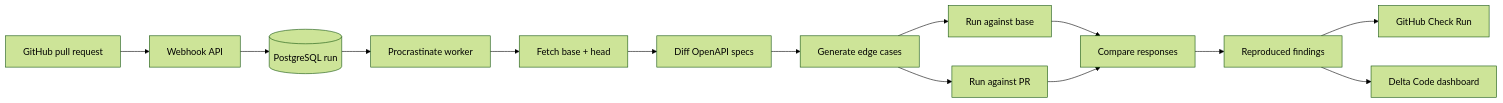
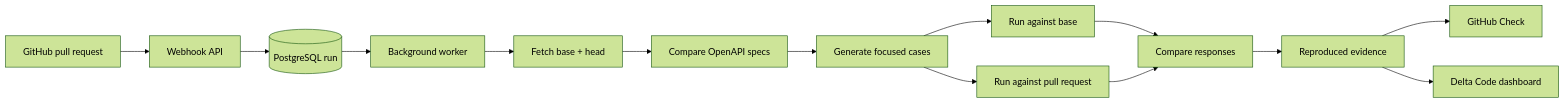
The diagram in README.md (amansriven/Code-Delta), drawn with Mermaid (forest theme) before and after one commit. The commit also changed other lines of this file, not shown here.

````diff
--- a/README.md
+++ b/README.md
@@ -114,16 +99,16 @@
 ```mermaid
 flowchart LR
     GH["GitHub pull request"] --> WH["Webhook API"]
     WH --> DB[("PostgreSQL run")]
-    DB --> Q["Procrastinate worker"]
+    DB --> Q["Background worker"]
     Q --> CLONE["Fetch base + head"]
-    CLONE --> SPEC["Diff OpenAPI specs"]
-    SPEC --> CASES["Generate edge cases"]
+    CLONE --> SPEC["Compare OpenAPI specs"]
+    SPEC --> CASES["Generate focused cases"]
     CASES --> BASE["Run against base"]
-    CASES --> HEAD["Run against PR"]
+    CASES --> HEAD["Run against pull request"]
     BASE --> COMPARE["Compare responses"]
     HEAD --> COMPARE
-    COMPARE --> RESULT["Reproduced findings"]
-    RESULT --> CHECK["GitHub Check Run"]
+    COMPARE --> RESULT["Reproduced evidence"]
+    RESULT --> CHECK["GitHub Check"]
     RESULT --> UI["Delta Code dashboard"]
 ```
````
